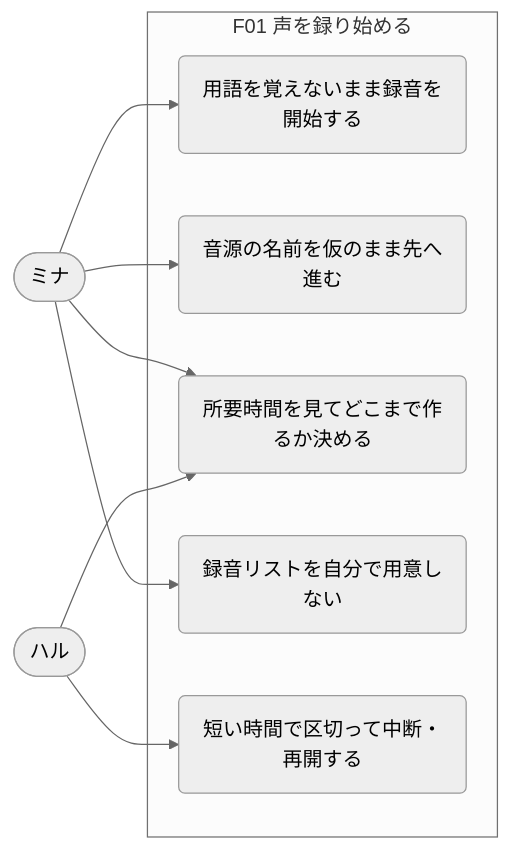
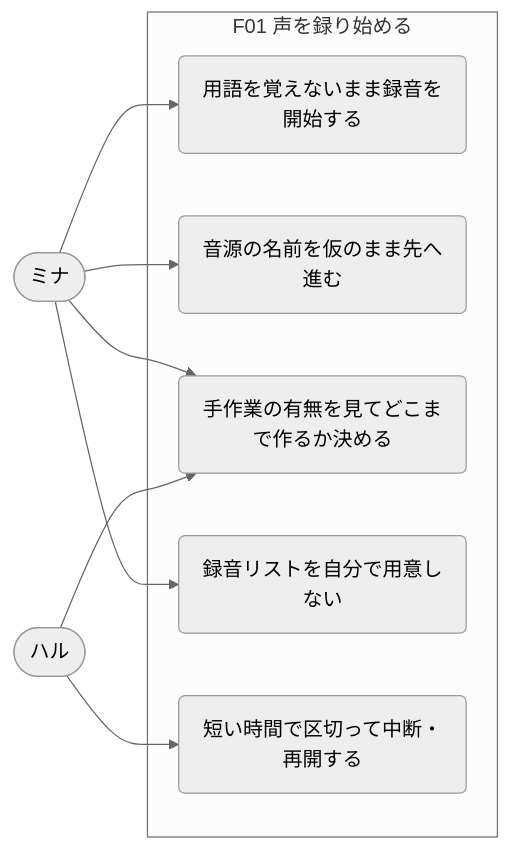
Before and after one commit to dino3616/koeru: the second of 6 diagrams in docs/usecase-map.md, drawn with Mermaid (neutral theme). The commit also changed other lines of this file and 4 other files, not shown here.

````diff
--- a/docs/usecase-map.md
+++ b/docs/usecase-map.md
@@ -118,18 +118,18 @@
 ```mermaid
 flowchart LR
   mina(["ミナ"])
   haru(["ハル"])
   subgraph F01["F01 声を録り始める"]
     uc1("用語を覚えないまま録音を開始する")
     uc2("音源の名前を仮のまま先へ進む")
-    uc3("所要時間を見てどこまで作るか決める")
+    uc3("手作業の有無を見てどこまで作るか決める")
     uc4("録音リストを自分で用意しない")
     uc5("短い時間で区切って中断・再開する")
   end
   mina --> uc1
   mina --> uc2
   mina --> uc3
   mina --> uc4
   haru --> uc3
   haru --> uc5
 ```
````
